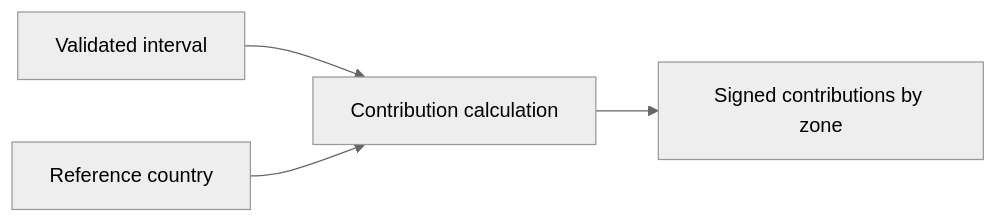
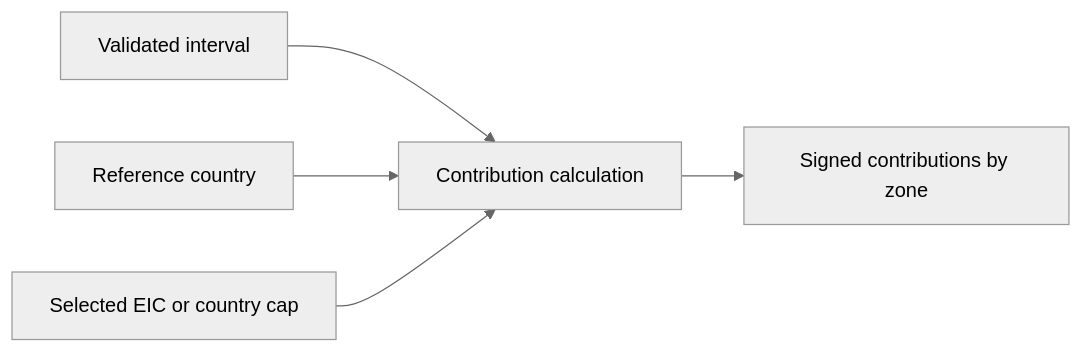
Before and after one commit to zoltanmaric/coppersushi: the diagram in frontend/src/market/README.md, drawn with Mermaid (neutral theme). The commit also changed other lines of this file and 23 other files, not shown here.

````diff
--- a/frontend/src/market/README.md
+++ b/frontend/src/market/README.md
@@ -7,6 +7,7 @@
 ```mermaid
 flowchart LR
     interval["Validated interval"] --> contribution["Contribution calculation"]
     reference["Reference country"] --> contribution
+    asset["Selected EIC or country cap"] --> contribution
     contribution --> values["Signed contributions by zone"]
 ```
````
